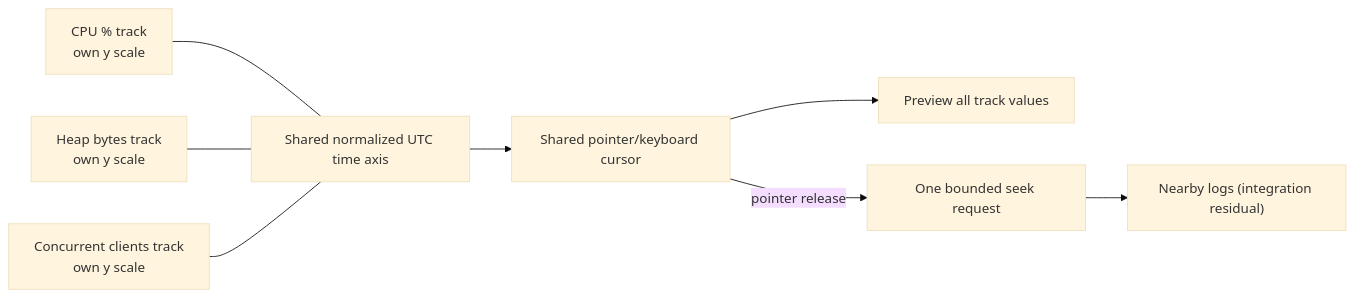
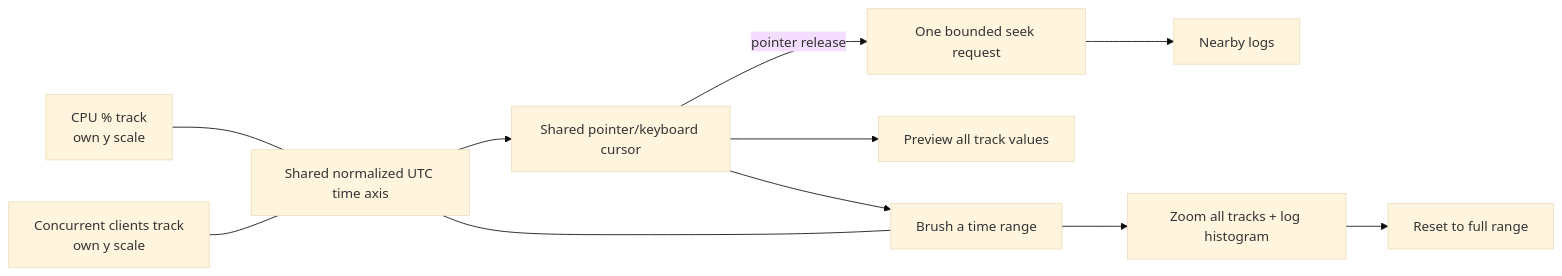
Before and after one commit to chriscase/ContextDesk: the diagram in docs/design/OPERATIONAL_METRIC_TRACKS.md, drawn with Mermaid (base theme). The commit also changed other lines of this file and 7 other files, not shown here.

Commit message:
feat(logs): zoom bounded metric timelines (#706)

````diff
--- a/docs/design/OPERATIONAL_METRIC_TRACKS.md
+++ b/docs/design/OPERATIONAL_METRIC_TRACKS.md
@@ -16,10 +16,13 @@
 ```mermaid
 flowchart LR
   A["CPU % track<br/>own y scale"] --- T["Shared normalized UTC time axis"]
   B["Heap bytes track<br/>own y scale"] --- T
   C["Concurrent clients track<br/>own y scale"] --- T
   T --> P["Shared pointer/keyboard cursor"]
   P --> V["Preview all track values"]
   P -->|"pointer release"| S["One bounded seek request"]
-  S --> L["Nearby logs (integration residual)"]
+  S --> L["Nearby logs"]
+  P --> B["Brush a time range"]
+  B --> Z["Zoom all tracks + log histogram"]
+  Z --> R["Reset to full range"]
 ```
````
